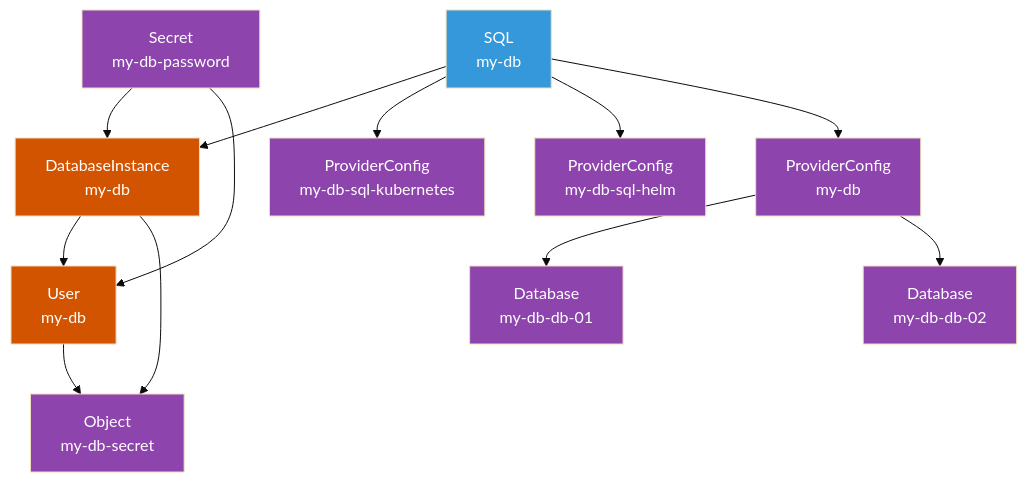
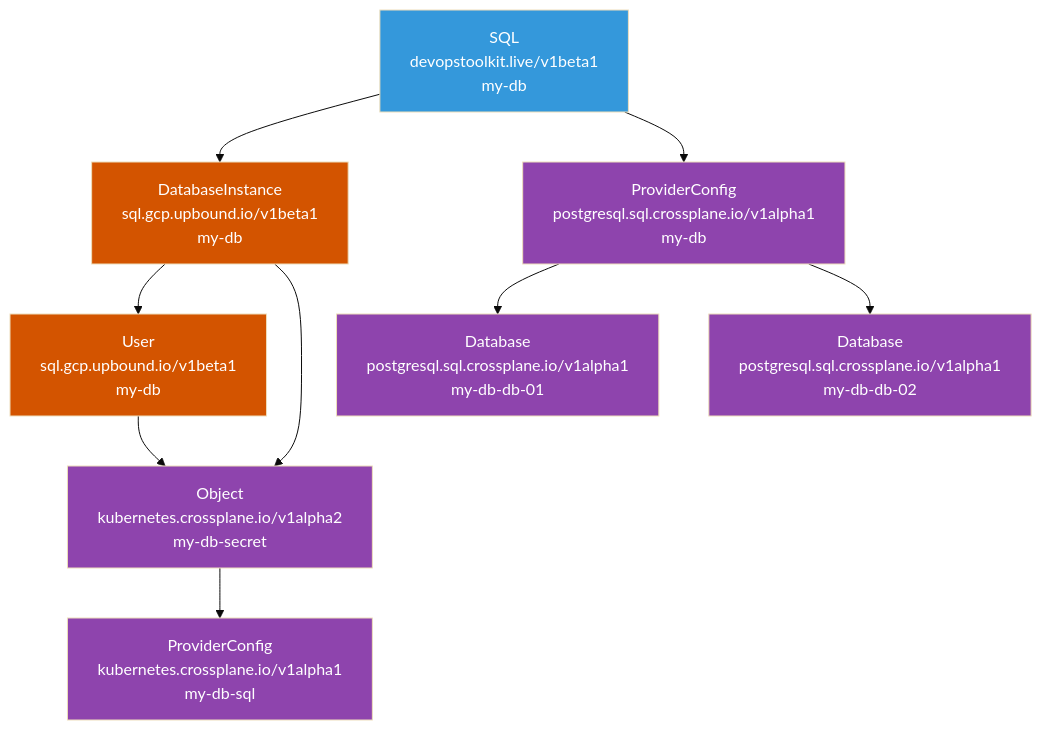
Before and after one commit to vfarcic/crossplane-sql: the diagram in examples/diag-google.md, drawn with Mermaid (base theme). The commit also changed 3 other files, not shown here.

Commit message:
Diagrams [skip ci]

````diff
--- a/examples/diag-google.md
+++ b/examples/diag-google.md
@@ -23,41 +23,35 @@
 ```mermaid
 flowchart TD
     classDef compositeResource fill:#3498db,color:white
     classDef googleResource fill:#D35400,color:white
     classDef otherResource fill:#8E44AD,color:white
 
-    SQL["SQL<br>my-db"]:::compositeResource
+    SQL["SQL<br>devopstoolkit.live/v1beta1<br>my-db"]:::compositeResource
     
     %% Google Cloud Resources
-    DatabaseInstance["DatabaseInstance<br>my-db"]:::googleResource
-    User["User<br>my-db"]:::googleResource
+    DatabaseInstance["DatabaseInstance<br>sql.gcp.upbound.io/v1beta1<br>my-db"]:::googleResource
+    User["User<br>sql.gcp.upbound.io/v1beta1<br>my-db"]:::googleResource
     
-    %% Provider Configs
-    KProviderConfig["ProviderConfig<br>my-db-sql-kubernetes"]:::otherResource
-    HProviderConfig["ProviderConfig<br>my-db-sql-helm"]:::otherResource
-    SQLProviderConfig["ProviderConfig<br>my-db"]:::otherResource
+    %% Kubernetes Resources
+    KProviderConfig["ProviderConfig<br>kubernetes.crossplane.io/v1alpha1<br>my-db-sql"]:::otherResource
+    SQLProviderConfig["ProviderConfig<br>postgresql.sql.crossplane.io/v1alpha1<br>my-db"]:::otherResource
+    ConnectionSecret["Object<br>kubernetes.crossplane.io/v1alpha2<br>my-db-secret"]:::otherResource
     
-    %% Database Resources
-    Database1["Database<br>my-db-db-01"]:::otherResource
-    Database2["Database<br>my-db-db-02"]:::otherResource
-    
-    %% Secret Resources
-    ConnectionSecret["Object<br>my-db-secret"]:::otherResource
-    PasswordSecret["Secret<br>my-db-password"]:::otherResource
+    %% Database Resources for db-01 and db-02
+    Database1["Database<br>postgresql.sql.crossplane.io/v1alpha1<br>my-db-db-01"]:::otherResource
+    Database2["Database<br>postgresql.sql.crossplane.io/v1alpha1<br>my-db-db-02"]:::otherResource
     
     %% Resource Relationships
     SQL --> DatabaseInstance
-    SQL --> KProviderConfig
-    SQL --> HProviderConfig
-    SQL --> SQLProviderConfig
     
     DatabaseInstance --> User
     User --> ConnectionSecret
+    
+    ConnectionSecret --> KProviderConfig
+    
     DatabaseInstance --> ConnectionSecret
     
+    SQL --> SQLProviderConfig
     SQLProviderConfig --> Database1
     SQLProviderConfig --> Database2
-    
-    PasswordSecret --> DatabaseInstance
-    PasswordSecret --> User
 ```
````
